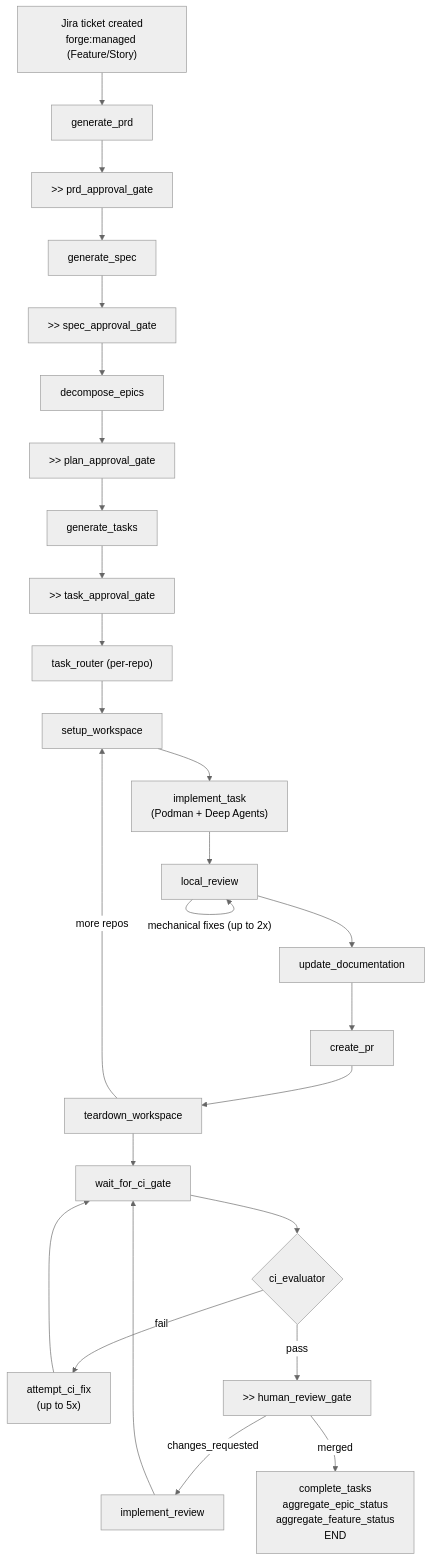
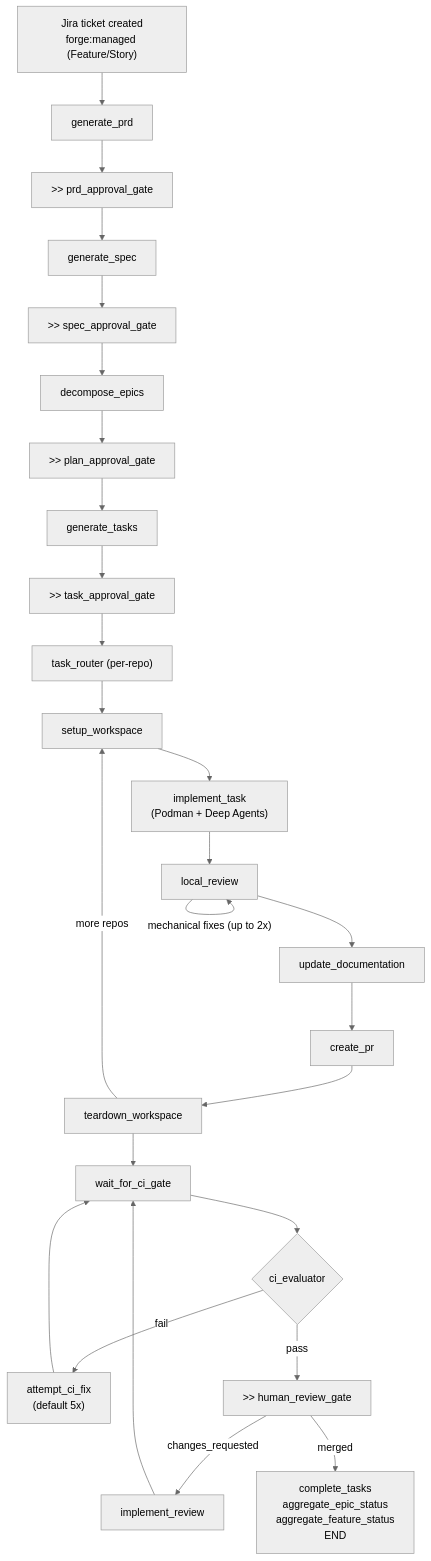
One commit to ekuris-redhat/forge changed the third of 5 diagrams in docs/architecture.md. Above: the diagram before and after it, drawn with Mermaid (neutral theme). The commit also changed other lines of this file, not shown here.

````diff
--- a/docs/architecture.md
+++ b/docs/architecture.md
@@ -92,30 +94,30 @@
 ```mermaid
 flowchart TD
     A["Jira ticket created\nforge:managed (Feature/Story)"] --> B[generate_prd]
     B --> C[">> prd_approval_gate"]
     C --> D[generate_spec]
     D --> E[">> spec_approval_gate"]
     E --> F[decompose_epics]
     F --> G[">> plan_approval_gate"]
     G --> H[generate_tasks]
     H --> I[">> task_approval_gate"]
     I --> J["task_router (per-repo)"]
 
     J --> K[setup_workspace]
     K --> L["implement_task\n(Podman + Deep Agents)"]
     L --> M[local_review]
     M -->|"mechanical fixes (up to 2x)"| M
     M --> N[update_documentation]
     N --> O[create_pr]
     O --> P["teardown_workspace"]
     P -->|more repos| K
 
     P --> Q[wait_for_ci_gate]
     Q --> R{ci_evaluator}
-    R -->|fail| S["attempt_ci_fix\n(up to 5x)"]
+    R -->|fail| S["attempt_ci_fix\n(default 5x)"]
     S --> Q
     R -->|pass| T[">> human_review_gate"]
     T -->|changes_requested| U[implement_review]
     U --> Q
     T -->|merged| V["complete_tasks\naggregate_epic_status\naggregate_feature_status\nEND"]
 ```
````
